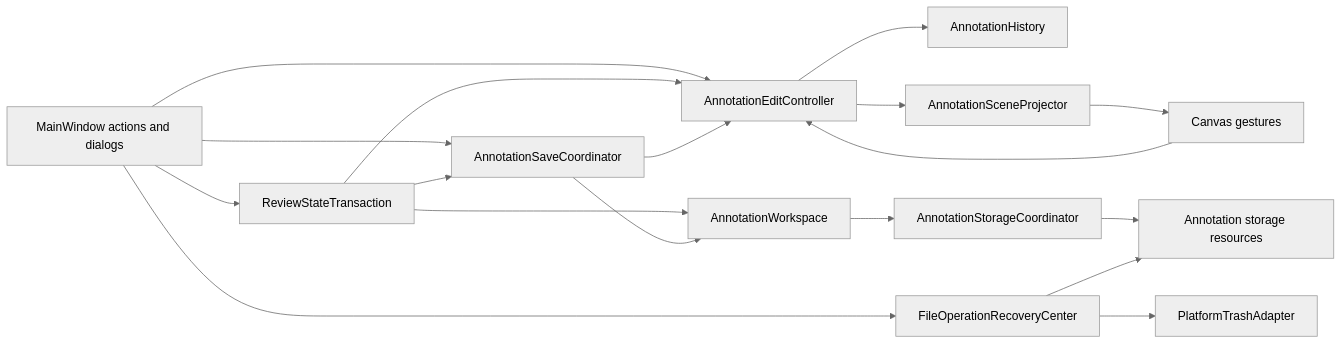
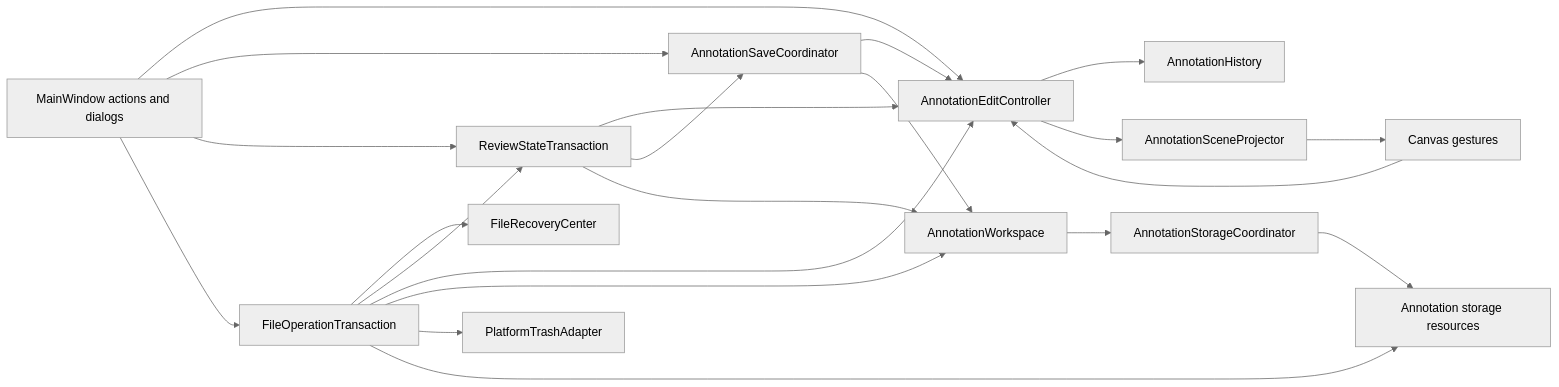
Before and after one commit to zaney955/labelimg-enhanced: the diagram in docs/design/undo-redo-and-file-recovery.md, drawn with Mermaid (neutral theme). The commit also changed other lines of this file and 6 other files, not shown here.

````diff
--- a/docs/design/undo-redo-and-file-recovery.md
+++ b/docs/design/undo-redo-and-file-recovery.md
@@ -44,33 +44,38 @@
 ```mermaid
 flowchart LR
     UI["MainWindow actions and dialogs"]
     Canvas["Canvas gestures"]
     Controller["AnnotationEditController"]
     History["AnnotationHistory"]
     Projector["AnnotationSceneProjector"]
     Workspace["AnnotationWorkspace"]
     Save["AnnotationSaveCoordinator"]
     Review["ReviewStateTransaction"]
     Storage["AnnotationStorageCoordinator"]
-    Recovery["FileOperationRecoveryCenter"]
+    FileOps["FileOperationTransaction"]
+    Recovery["FileRecoveryCenter"]
     Files["Annotation storage resources"]
     Trash["PlatformTrashAdapter"]
 
     UI --> Controller
     Canvas --> Controller
     Controller --> History
     Controller --> Projector
     Projector --> Canvas
     UI --> Save
     UI --> Review
     Review --> Controller
     Review --> Save
     Review --> Workspace
     Save --> Controller
     Save --> Workspace
     Workspace --> Storage
     Storage --> Files
-    UI --> Recovery
-    Recovery --> Trash
-    Recovery --> Files
+    UI --> FileOps
+    FileOps --> Recovery
+    FileOps --> Review
+    FileOps --> Controller
+    FileOps --> Workspace
+    FileOps --> Trash
+    FileOps --> Files
 ```
````
